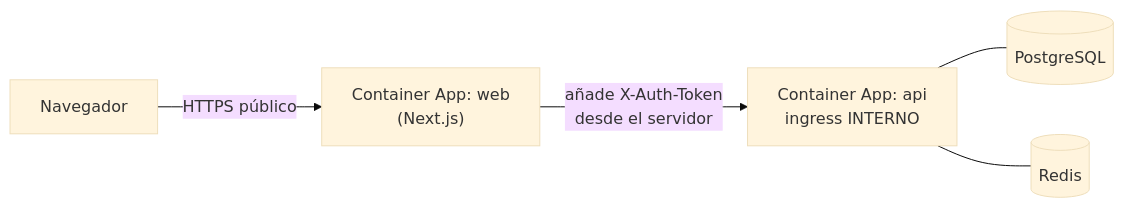
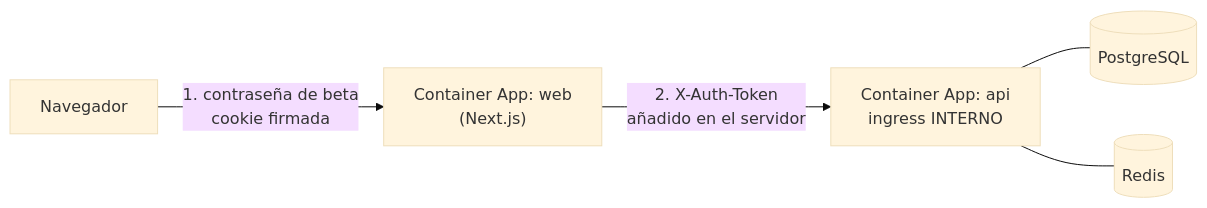
Before and after one commit to VERIFACTUREADY/CREATOR-PULSE: the diagram in infra/azure/README.md, drawn with Mermaid (base theme). The commit also changed other lines of this file and 24 other files, not shown here.

First line of the commit message:
Cierra el despliegue público y añade acceso real a la beta (Fase A.2)

````diff
--- a/infra/azure/README.md
+++ b/infra/azure/README.md
@@ -148,7 +161,7 @@
 ```mermaid
 flowchart LR
-    N["Navegador"] -->|"HTTPS público"| W["Container App: web<br/>(Next.js)"]
-    W -->|"añade X-Auth-Token<br/>desde el servidor"| A["Container App: api<br/>ingress INTERNO"]
+    N["Navegador"] -->|"1. contraseña de beta<br/>cookie firmada"| W["Container App: web<br/>(Next.js)"]
+    W -->|"2. X-Auth-Token<br/>añadido en el servidor"| A["Container App: api<br/>ingress INTERNO"]
     A --- P[("PostgreSQL")]
     A --- R[("Redis")]
 ```
````
